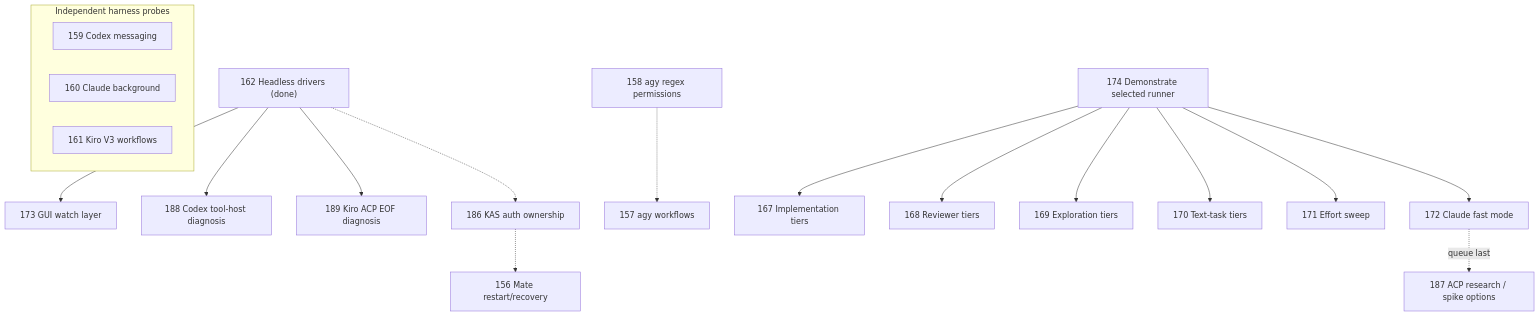
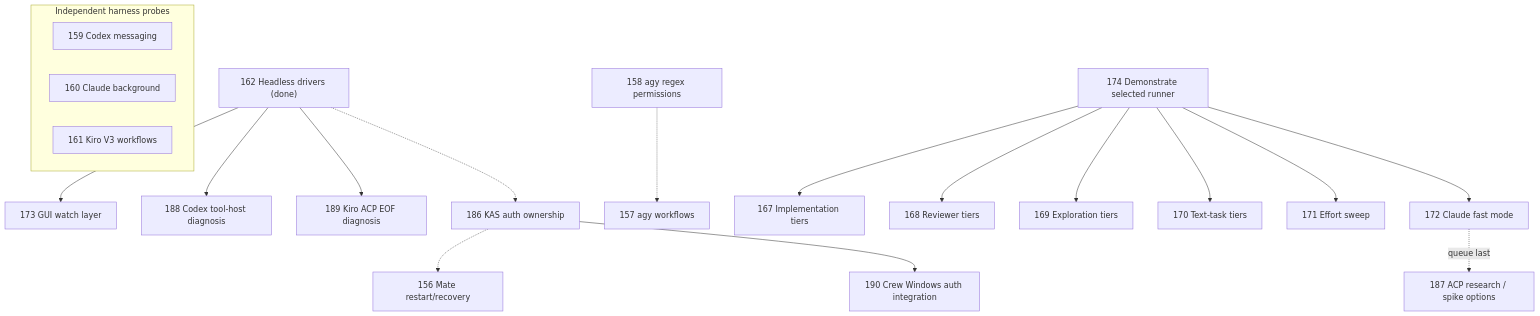
Before and after one commit to smileynet/grey-matter: the diagram in docs/plan.md, drawn with Mermaid. The commit also changed other lines of this file and 7 other files, not shown here.

````diff
--- a/docs/plan.md
+++ b/docs/plan.md
@@ -209,21 +210,22 @@
 ```mermaid
 flowchart TD
   D162["162 Headless drivers (done)"] --> G173["173 GUI watch layer"]
   D162 --> C188["188 Codex tool-host diagnosis"]
   D162 --> K189["189 Kiro ACP EOF diagnosis"]
   D162 -.-> A186["186 KAS auth ownership"]
   A186 -.-> M156["156 Mate restart/recovery"]
+  A186 --> A190["190 Crew Windows auth integration"]
   P158["158 agy regex permissions"] -.-> W157["157 agy workflows"]
   subgraph Other["Independent harness probes"]
     C159["159 Codex messaging"]
     B160["160 Claude background"]
     K161["161 Kiro V3 workflows"]
   end
   R174["174 Demonstrate selected runner"] --> I167["167 Implementation tiers"]
   R174 --> V168["168 Reviewer tiers"]
   R174 --> E169["169 Exploration tiers"]
   R174 --> T170["170 Text-task tiers"]
   R174 --> F171["171 Effort sweep"]
   R174 --> S172["172 Claude fast mode"]
   S172 -. "queue last" .-> Q187["187 ACP research / spike options"]
 ```
````
